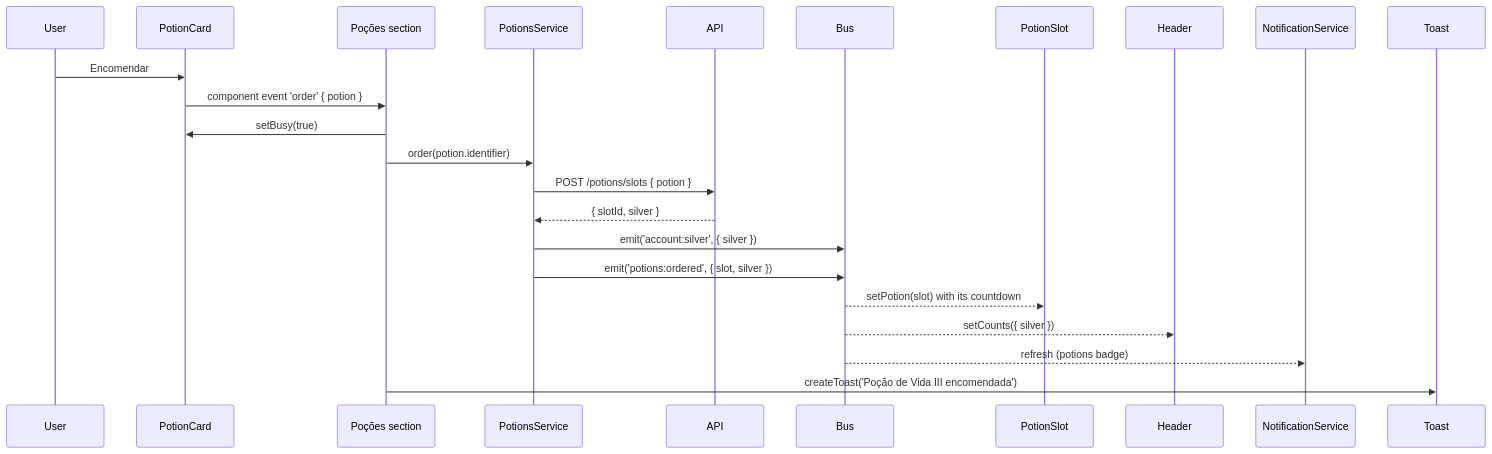
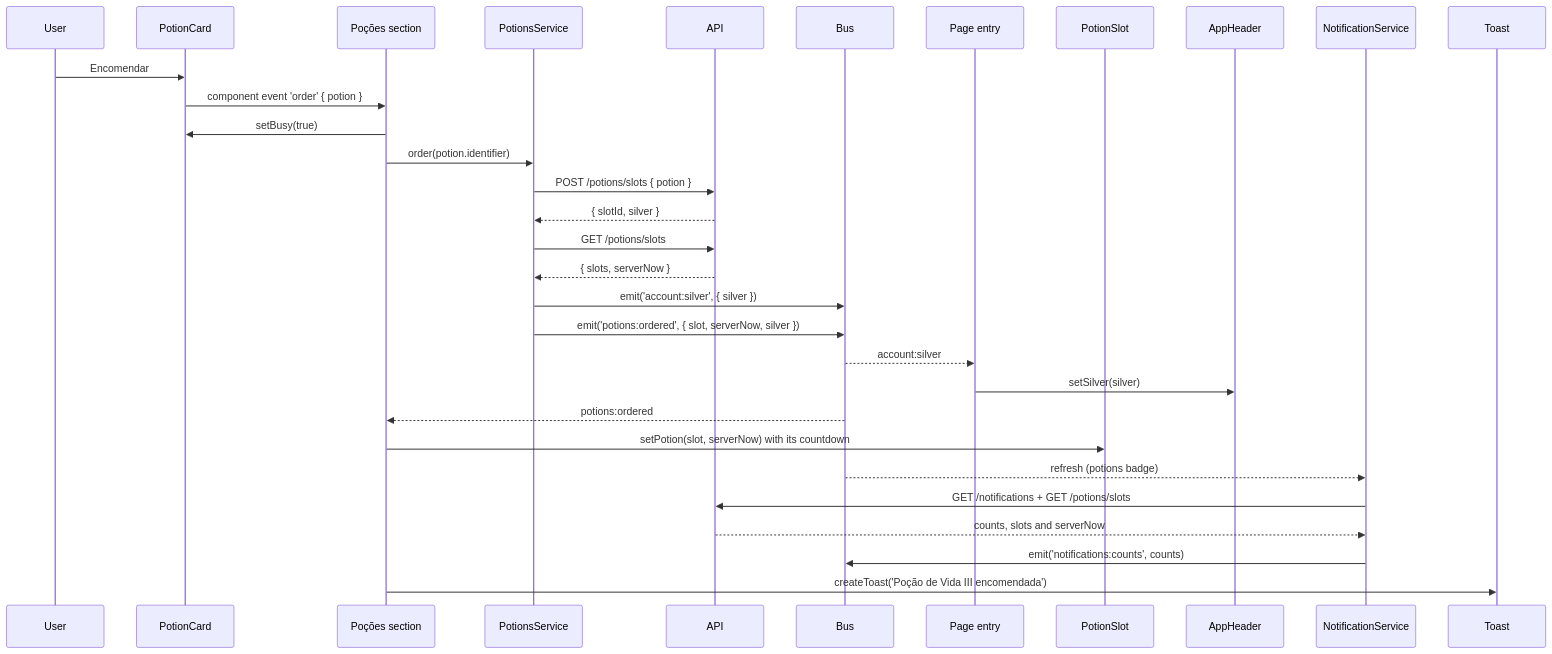
Before and after one commit to werlang/gladCode2: the seventh of 9 diagrams in docs/frontend/events.md, drawn with Mermaid. The commit also changed other lines of this file and 4 other files, not shown here.

````diff
--- a/docs/frontend/events.md
+++ b/docs/frontend/events.md
@@ -320,24 +455,32 @@
 ```mermaid
 sequenceDiagram
     participant User
     participant Card as PotionCard
     participant Section as Poções section
     participant Svc as PotionsService
     participant API
     participant Bus
+    participant Shell as Page entry
     participant Slot as PotionSlot
-    participant Header
+    participant Header as AppHeader
     participant Notif as NotificationService
     User->>Card: Encomendar
     Card->>Section: component event 'order' { potion }
     Section->>Card: setBusy(true)
     Section->>Svc: order(potion.identifier)
     Svc->>API: POST /potions/slots { potion }
     API-->>Svc: { slotId, silver }
+    Svc->>API: GET /potions/slots
+    API-->>Svc: { slots, serverNow }
     Svc->>Bus: emit('account:silver', { silver })
-    Svc->>Bus: emit('potions:ordered', { slot, silver })
-    Bus-->>Slot: setPotion(slot) with its countdown
-    Bus-->>Header: setCounts({ silver })
+    Svc->>Bus: emit('potions:ordered', { slot, serverNow, silver })
+    Bus-->>Shell: account:silver
+    Shell->>Header: setSilver(silver)
+    Bus-->>Section: potions:ordered
+    Section->>Slot: setPotion(slot, serverNow) with its countdown
     Bus-->>Notif: refresh (potions badge)
+    Notif->>API: GET /notifications + GET /potions/slots
+    API-->>Notif: counts, slots and serverNow
+    Notif->>Bus: emit('notifications:counts', counts)
     Section->>Toast: createToast('Poção de Vida III encomendada')
 ```
````
